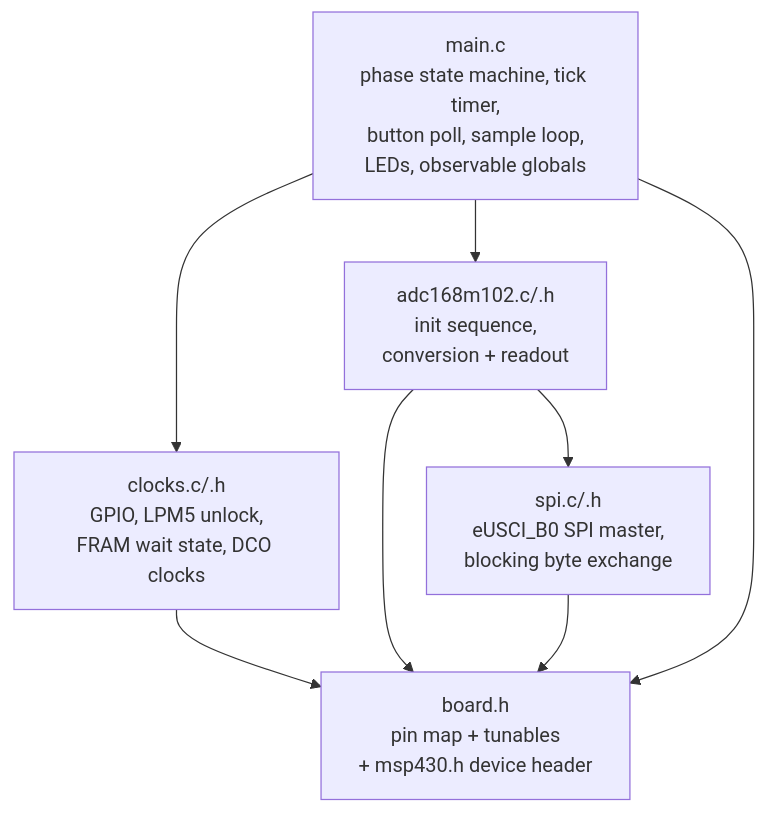
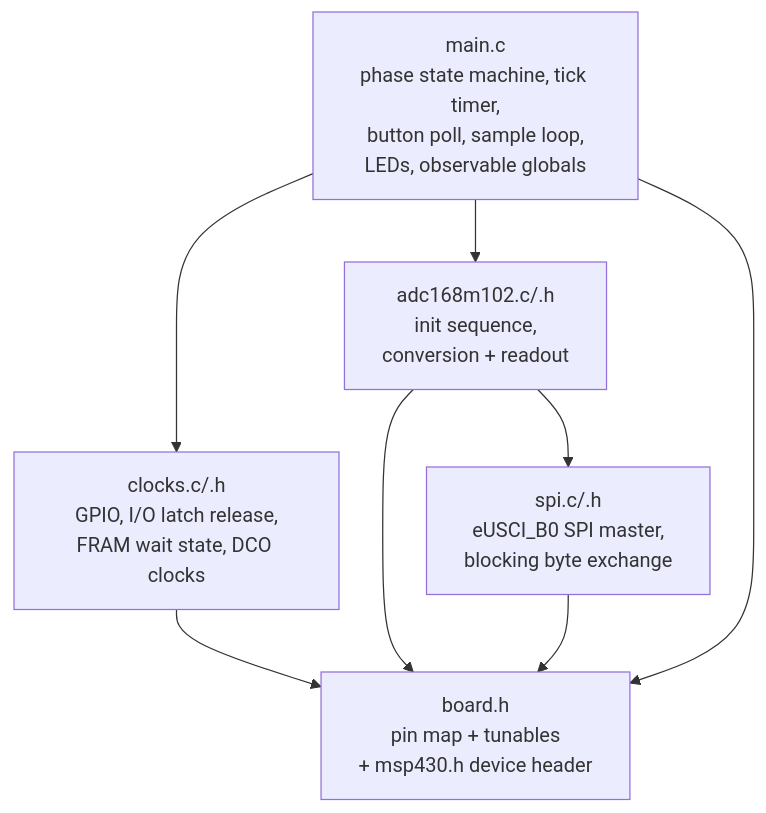
One commit to S-OConnor/MSP430_TestRepo changed the second of 13 diagrams in docs/DESIGN.md. Above: the diagram before and after it, drawn with Mermaid. The commit also changed other lines of this file and 9 other files, not shown here.

````diff
--- a/docs/DESIGN.md
+++ b/docs/DESIGN.md
@@ -174,16 +174,16 @@
 ```mermaid
 flowchart TD
     main["main.c<br/>phase state machine, tick timer,<br/>button poll, sample loop,<br/>LEDs, observable globals"]
-    clocks["clocks.c/.h<br/>GPIO, LPM5 unlock,<br/>FRAM wait state, DCO clocks"]
+    clocks["clocks.c/.h<br/>GPIO, I/O latch release,<br/>FRAM wait state, DCO clocks"]
     adc["adc168m102.c/.h<br/>init sequence,<br/>conversion + readout"]
     spi["spi.c/.h<br/>eUSCI_B0 SPI master,<br/>blocking byte exchange"]
     board["board.h<br/>pin map + tunables<br/>+ msp430.h device header"]
 
     main --> clocks
     main --> adc
     adc --> spi
     clocks --> board
     adc --> board
     spi --> board
     main --> board
 ```
````
